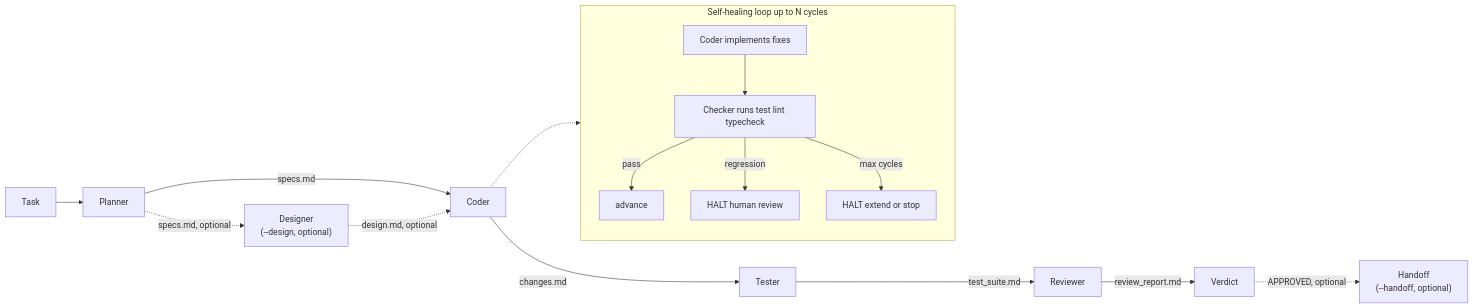
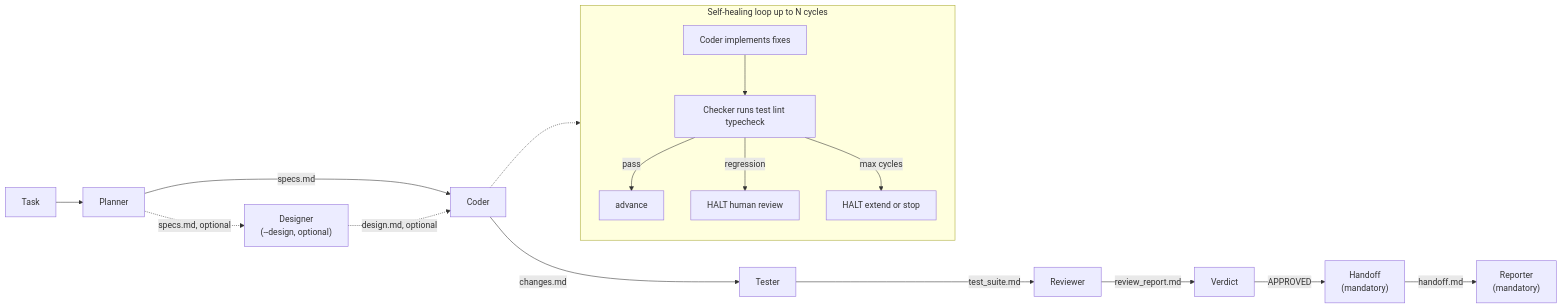
Before and after one commit to isholaomotayo/orchestrator: the first of 2 diagrams in README.md, drawn with Mermaid. The commit also changed other lines of this file and 20 other files, not shown here.

````diff
--- a/README.md
+++ b/README.md
@@ -60,20 +60,21 @@
 ```mermaid
 flowchart LR
     T[Task] --> P[Planner]
     P -->|specs.md| C[Coder]
     P -.->|specs.md, optional| D["Designer<br/>(--design, optional)"]
     D -.->|design.md, optional| C
     C -->|changes.md| Te[Tester]
     Te -->|test_suite.md| R[Reviewer]
     R -->|review_report.md| V[Verdict]
-    V -.->|APPROVED, optional| Ho["Handoff<br/>(--handoff, optional)"]
+    V -->|APPROVED| Ho["Handoff<br/>(mandatory)"]
+    Ho -->|handoff.md| Rp["Reporter<br/>(mandatory)"]
 
     subgraph SH["Self-healing loop up to N cycles"]
         direction TB
         C1[Coder implements fixes] --> Ch[Checker runs test lint typecheck]
         Ch -->|pass| Done[advance]
         Ch -->|regression| H1[HALT human review]
         Ch -->|max cycles| H2[HALT extend or stop]
     end
     C -.-> C1
 ```
````
